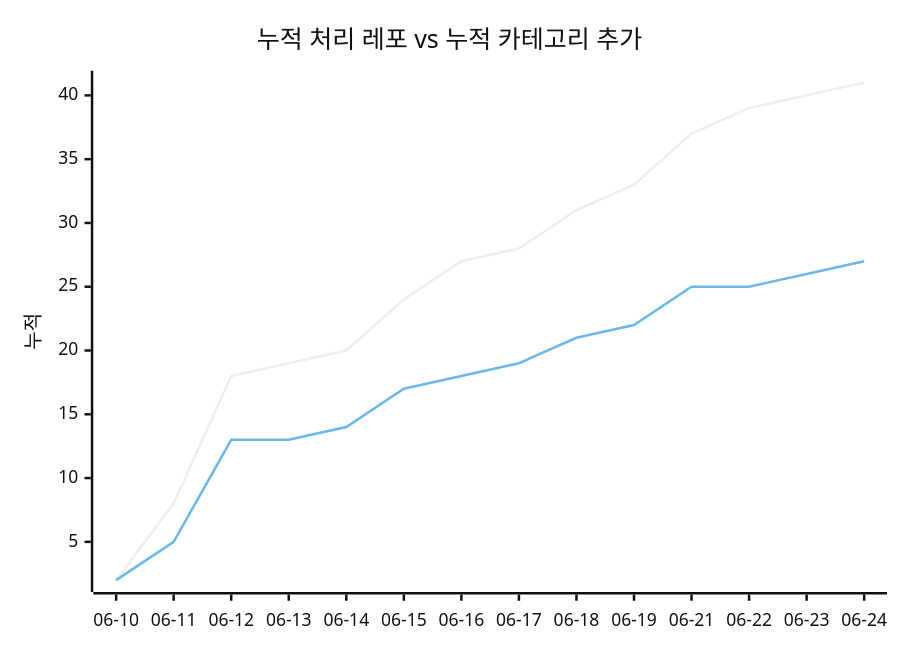
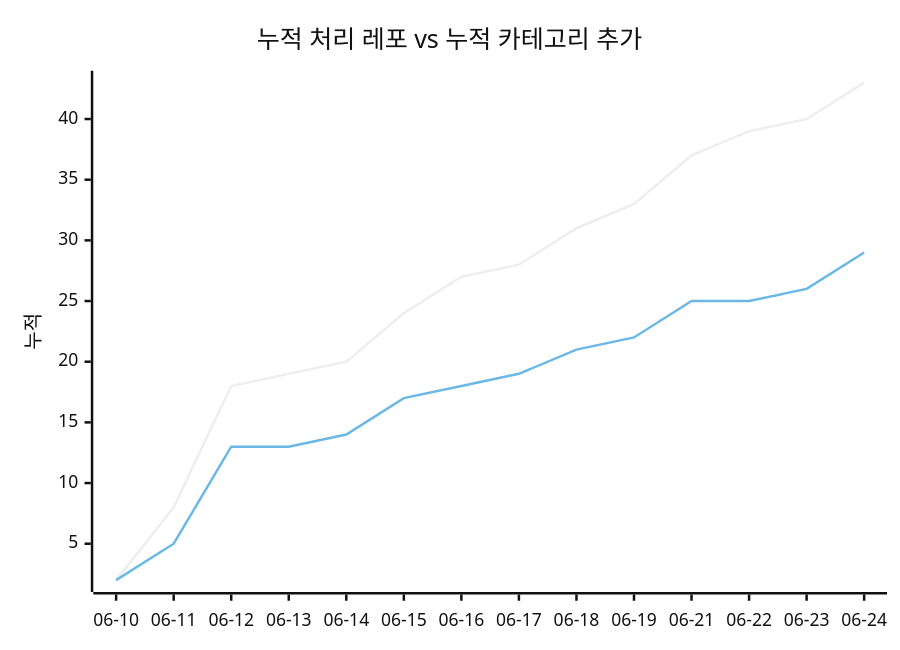
Before and after one commit to J-nowcow/awesome-korean-agent-skills: the second of 2 diagrams in docs/trends.md, drawn with Mermaid (neutral theme). The commit also changed other lines of this file and 5 other files, not shown here.

````diff
--- a/docs/trends.md
+++ b/docs/trends.md
@@ -68,8 +68,8 @@
 ```mermaid
 xychart-beta
     title "누적 처리 레포 vs 누적 카테고리 추가"
     x-axis ["06-10","06-11","06-12","06-13","06-14","06-15","06-16","06-17","06-18","06-19","06-21","06-22","06-23","06-24"]
     y-axis "누적"
-    line [2,8,18,19,20,24,27,28,31,33,37,39,40,41]
-    line [2,5,13,13,14,17,18,19,21,22,25,25,26,27]
+    line [2,8,18,19,20,24,27,28,31,33,37,39,40,43]
+    line [2,5,13,13,14,17,18,19,21,22,25,25,26,29]
 ```
````
